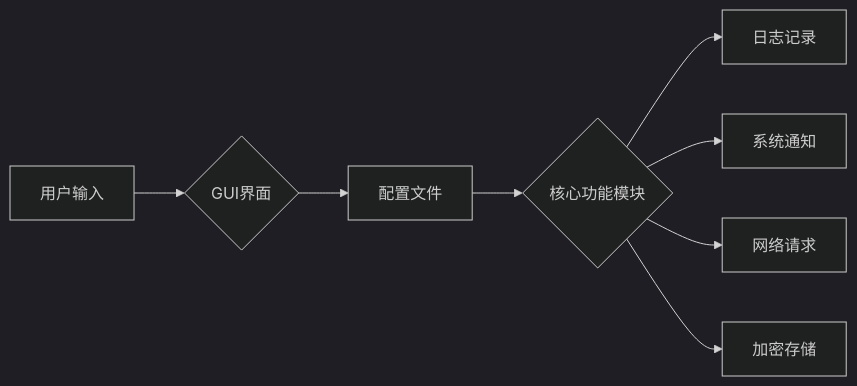
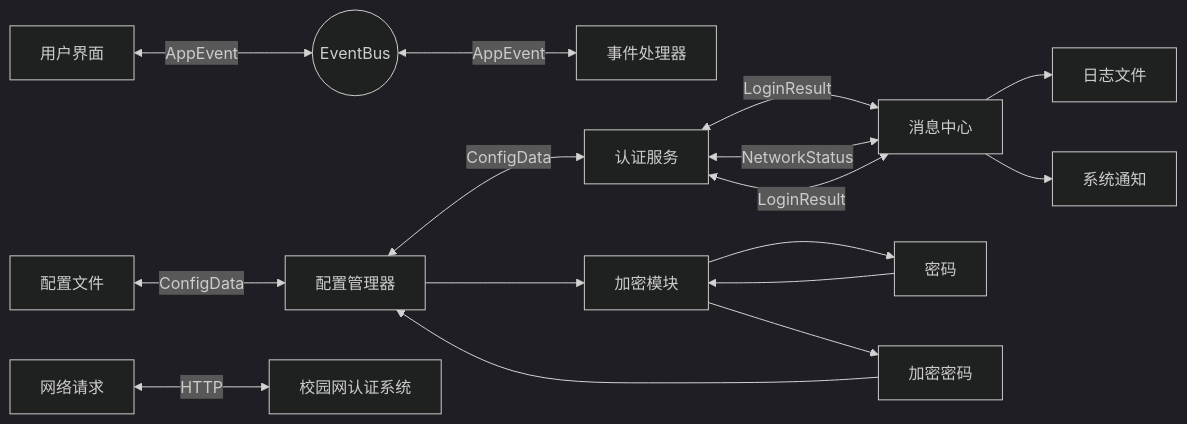
The second of 2 diagrams in docs/API.md (ReRokutosei/AutoLoginGuet), drawn with Mermaid (dark theme) before and after one commit. The commit also changed other lines of this file and 11 other files, not shown here.

````diff
--- a/docs/API.md
+++ b/docs/API.md
@@ -265,10 +345,22 @@
 ```mermaid
 graph LR
-    A[用户输入] --> B{GUI界面}
-    B --> C[配置文件]
-    C --> D{核心功能模块}
-    D --> E[日志记录]
-    D --> F[系统通知]
-    D --> G[网络请求]
-    D --> H[加密存储]
+    A[用户界面] <-- AppEvent --> B((EventBus))
+    B <-- AppEvent --> C[事件处理器]
+    
+    D[配置文件] <-- ConfigData --> E[配置管理器]
+    E <-- ConfigData --> F[认证服务]
+    
+    G[网络请求] <-- HTTP --> H[校园网认证系统]
+    F <-- LoginResult --> I[消息中心]
+    I --> J[日志文件]
+    I --> K[系统通知]
+    
+    L[密码] --> M[加密模块]
+    M --> N[加密密码]
+    N --> E
+    E --> M
+    M --> L
+    
+    F <-- NetworkStatus --> I
+    F <-- LoginResult --> I
 ```
````
